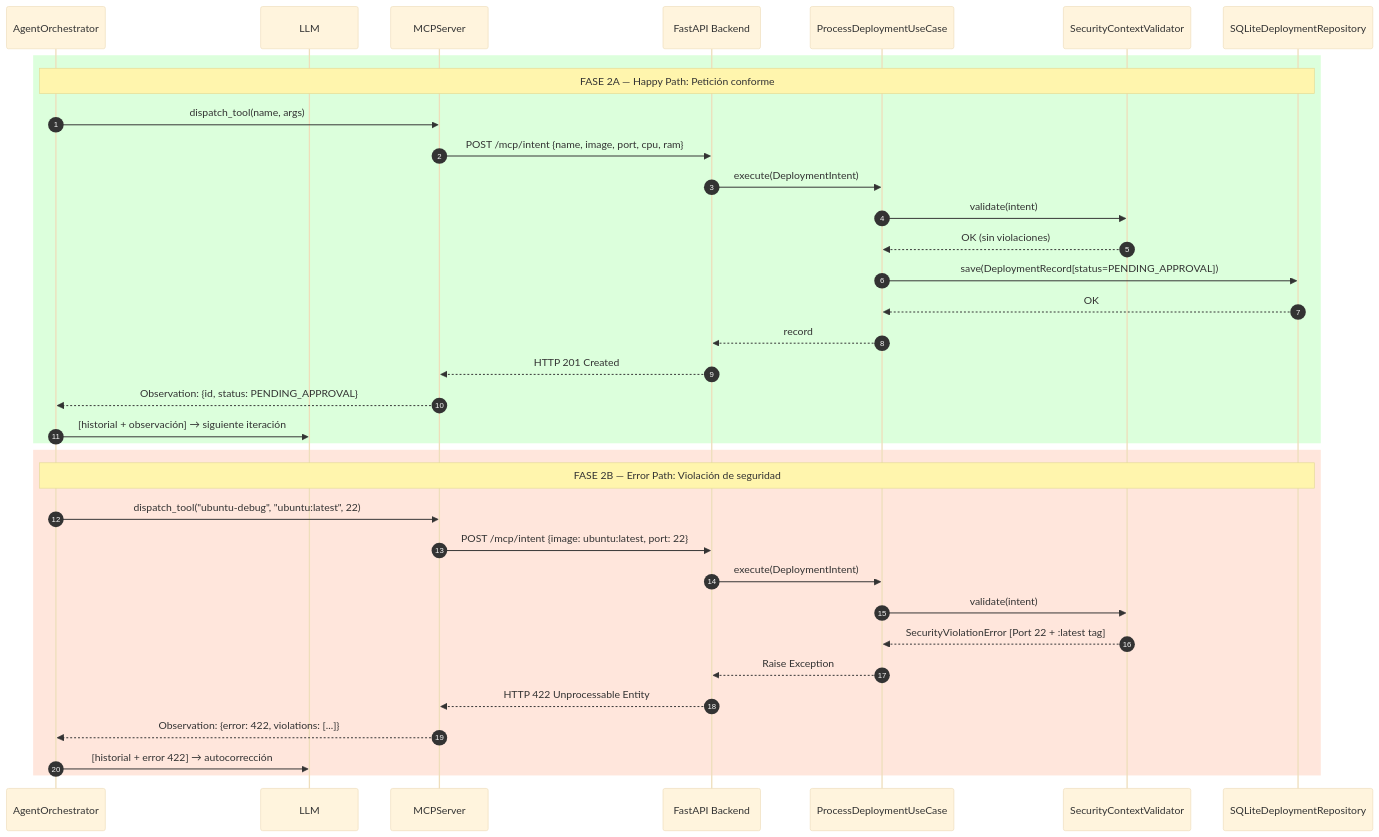
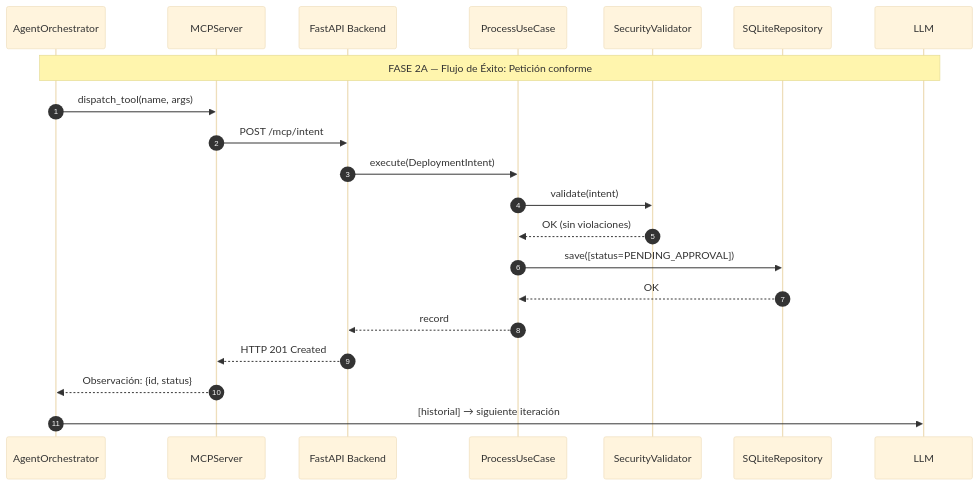
One commit to JesusSolisOrtega/agentic-deployer changed the sixth of 8 diagrams in memoria/4_Diseno_del_Sistema.md. Above: the diagram before and after it, drawn with Mermaid (base theme). The commit also changed other lines of this file and 16 other files, not shown here.

Commit message:
docs: ajustes finales en diagramas y abstract

````diff
--- a/memoria/4_Diseno_del_Sistema.md
+++ b/memoria/4_Diseno_del_Sistema.md
@@ -386,41 +390,24 @@
 ```mermaid
 sequenceDiagram
   autonumber
   participant Orch as AgentOrchestrator
-  participant LLM as LLM
   participant MCP as MCPServer
   participant API as FastAPI Backend
-  participant UseCase as ProcessDeploymentUseCase
-  participant Sec as SecurityContextValidator
-  participant Store as SQLiteDeploymentRepository
+  participant UseCase as ProcessUseCase
+  participant Sec as SecurityValidator
+  participant Store as SQLiteRepository
+  participant LLM as LLM
 
-  %% ── CAMINO FELIZ ───────────────────────────────────────────────
-  rect rgb(220, 255, 220)
-    Note over Orch,Store: FASE 2A — Happy Path: Petición conforme
-    Orch->>MCP: dispatch_tool(name, args)
-    MCP->>API: POST /mcp/intent {name, image, port, cpu, ram}
-    API->>UseCase: execute(DeploymentIntent)
-    UseCase->>Sec: validate(intent)
-    Sec-->>UseCase: OK (sin violaciones)
-    UseCase->>Store: save(DeploymentRecord[status=PENDING_APPROVAL])
-    Store-->>UseCase: OK
-    UseCase-->>API: record
-    API-->>MCP: HTTP 201 Created
-    MCP-->>Orch: Observation: {id, status: PENDING_APPROVAL}
-    Orch->>LLM: [historial + observación] → siguiente iteración
-  end
-
-  %% ── CAMINO DE ERROR ────────────────────────────────────────────
-  rect rgb(255, 230, 220)
-    Note over Orch,Store: FASE 2B — Error Path: Violación de seguridad
-    Orch->>MCP: dispatch_tool("ubuntu-debug", "ubuntu:latest", 22)
-    MCP->>API: POST /mcp/intent {image: ubuntu:latest, port: 22}
-    API->>UseCase: execute(DeploymentIntent)
-    UseCase->>Sec: validate(intent)
-    Sec-->>UseCase: SecurityViolationError [Port 22 + :latest tag]
-    UseCase-->>API: Raise Exception
-    API-->>MCP: HTTP 422 Unprocessable Entity
-    MCP-->>Orch: Observation: {error: 422, violations: [...]}
-    Orch->>LLM: [historial + error 422] → autocorrección
-  end
+  Note over Orch,LLM: FASE 2A — Flujo de Éxito: Petición conforme
+  Orch->>MCP: dispatch_tool(name, args)
+  MCP->>API: POST /mcp/intent
+  API->>UseCase: execute(DeploymentIntent)
+  UseCase->>Sec: validate(intent)
+  Sec-->>UseCase: OK (sin violaciones)
+  UseCase->>Store: save([status=PENDING_APPROVAL])
+  Store-->>UseCase: OK
+  UseCase-->>API: record
+  API-->>MCP: HTTP 201 Created
+  MCP-->>Orch: Observación: {id, status}
+  Orch->>LLM: [historial] → siguiente iteración
 ```
````
